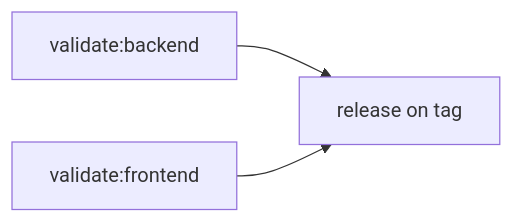
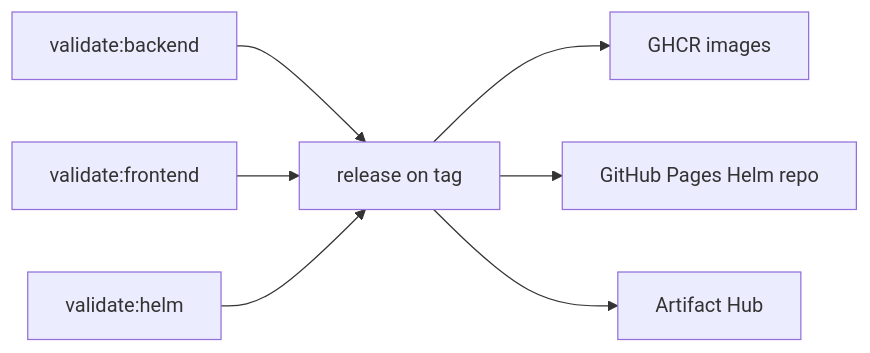
Before and after one commit to erlkoenig91/prompt-db: the diagram in docs/ci-cd.md, drawn with Mermaid. The commit also changed other lines of this file and 18 other files, not shown here.

Commit message:
Add Helm chart publishing and Artifact Hub setup

````diff
--- a/docs/ci-cd.md
+++ b/docs/ci-cd.md
@@ -7,5 +7,9 @@
 ```mermaid
 flowchart LR
   V1[validate:backend] --> R[release on tag]
   V2[validate:frontend] --> R
+  V3[validate:helm] --> R
+  R --> GHCR[GHCR images]
+  R --> Pages[GitHub Pages Helm repo]
+  R --> AH[Artifact Hub]
 ```
````
